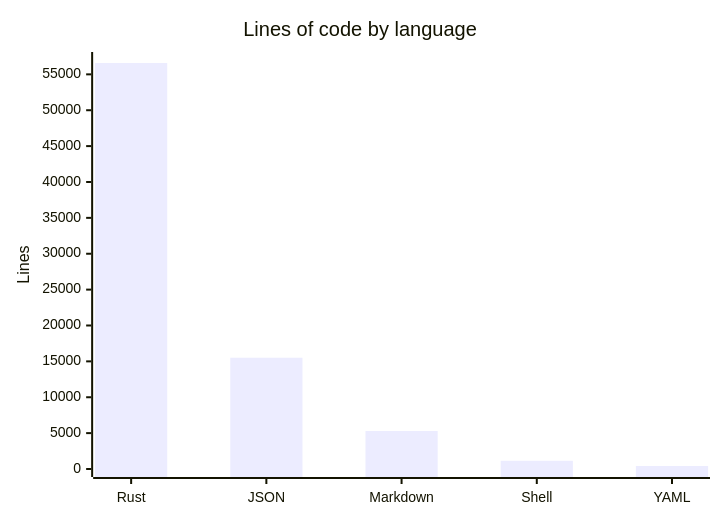
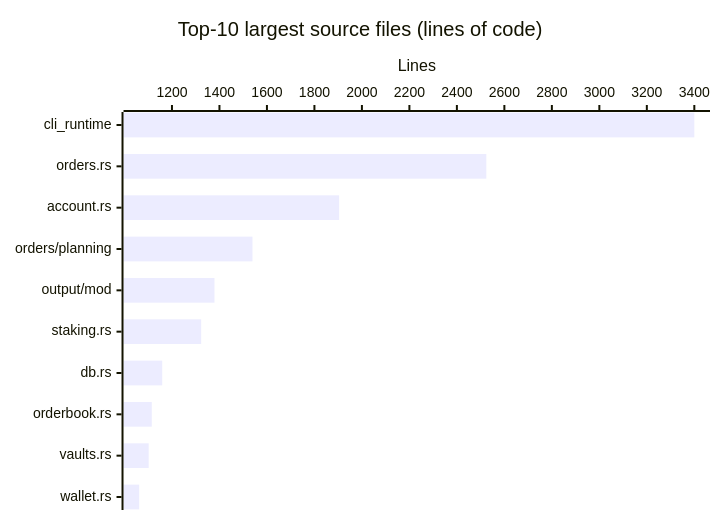
One commit to hypurrclaw/hyperliquid-cli changed the diagram in droid-wiki/by-the-numbers.md. Above: the diagram before and after it, drawn with Mermaid. The commit also changed other lines of this file and 61 other files, not shown here.

````diff
--- a/droid-wiki/by-the-numbers.md
+++ b/droid-wiki/by-the-numbers.md
@@ -17,7 +16,7 @@
 ```mermaid
-xychart-beta
-    title "Lines of code by language"
-    x-axis ["Rust", "JSON", "Markdown", "Shell", "YAML"]
-    y-axis "Lines" 0 --> 57000
-    bar [56575, 15509, 5295, 1144, 416]
+xychart-beta horizontal
+    title "Top-10 largest source files (lines of code)"
+    x-axis ["cli_runtime", "orders.rs", "account.rs", "orders/planning", "output/mod", "staking.rs", "db.rs", "orderbook.rs", "vaults.rs", "wallet.rs"]
+    y-axis "Lines"
+    bar [3400, 2524, 1904, 1539, 1379, 1323, 1159, 1115, 1102, 1062]
 ```
````
